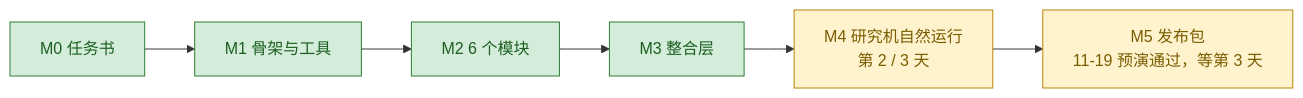
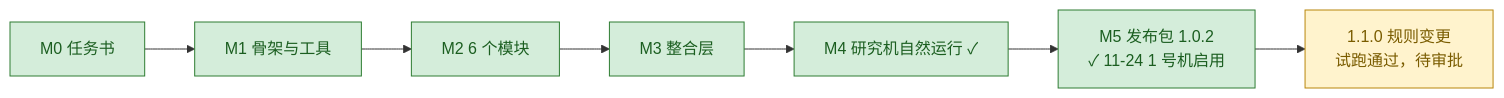
The first of 4 diagrams in protocol-docs/lp-market-3.0-modular-brief.md (JulyWA/lp-monitor-3.0-snapshot), drawn with Mermaid before and after one commit. The commit also changed other lines of this file and 3 other files, not shown here.

````diff
--- a/protocol-docs/lp-market-3.0-modular-brief.md
+++ b/protocol-docs/lp-market-3.0-modular-brief.md
@@ -9,6 +9,6 @@
 ```mermaid
 flowchart LR
-  M0["M0 任务书"]:::done --> M1["M1 骨架与工具"]:::done --> M2["M2 6 个模块"]:::done --> M3["M3 整合层"]:::done --> M4["M4 研究机自然运行<br/>第 2 / 3 天"]:::doing --> M5["M5 发布包<br/>11-19 预演通过，等第 3 天"]:::doing
+  M0["M0 任务书"]:::done --> M1["M1 骨架与工具"]:::done --> M2["M2 6 个模块"]:::done --> M3["M3 整合层"]:::done --> M4["M4 研究机自然运行 ✓"]:::done --> M5["M5 发布包 1.0.2<br/>✓ 11-24 1 号机启用"]:::done --> M6["1.1.0 规则变更<br/>试跑通过，待审批"]:::doing
   classDef done fill:#d4edda,stroke:#2e7d32,color:#1b5e20
   classDef doing fill:#fff3cd,stroke:#b8860b,color:#7a5c00
 ```
````
